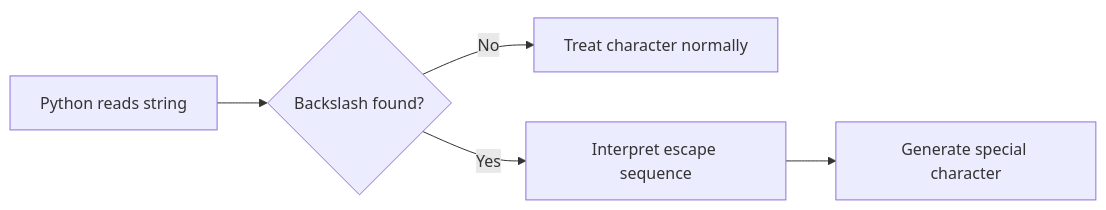
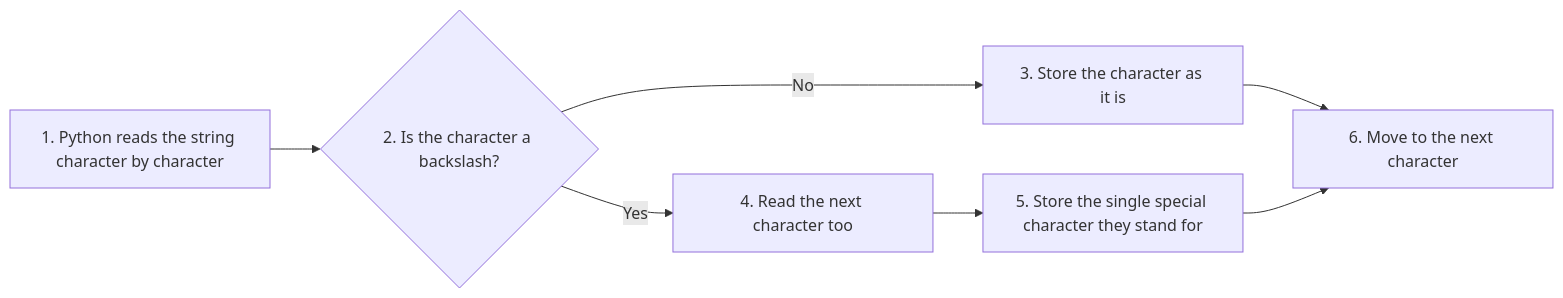
The fourth of 18 diagrams in docs/17-strings/080-ch17-conceptual-qa.md (ag999git/001-mkdocs), drawn with Mermaid before and after one commit. The commit also changed other lines of this file, not shown here.

````diff
--- a/docs/17-strings/080-ch17-conceptual-qa.md
+++ b/docs/17-strings/080-ch17-conceptual-qa.md
@@ -482,11 +1109,9 @@
 ```mermaid
 flowchart LR
-
-A["Python reads string"] --> B{"Backslash found?"}
-
-B -->|No| C["Treat character normally"]
-
-B -->|Yes| D["Interpret escape sequence"]
-
-D --> E["Generate special character"]
+    A["1. Python reads the string character by character"] --> B{"2. Is the character a backslash?"}
+    B -->|"No"| C["3. Store the character as it is"]
+    B -->|"Yes"| D["4. Read the next character too"]
+    D --> E["5. Store the single special character they stand for"]
+    C --> F["6. Move to the next character"]
+    E --> F
 ```
````
